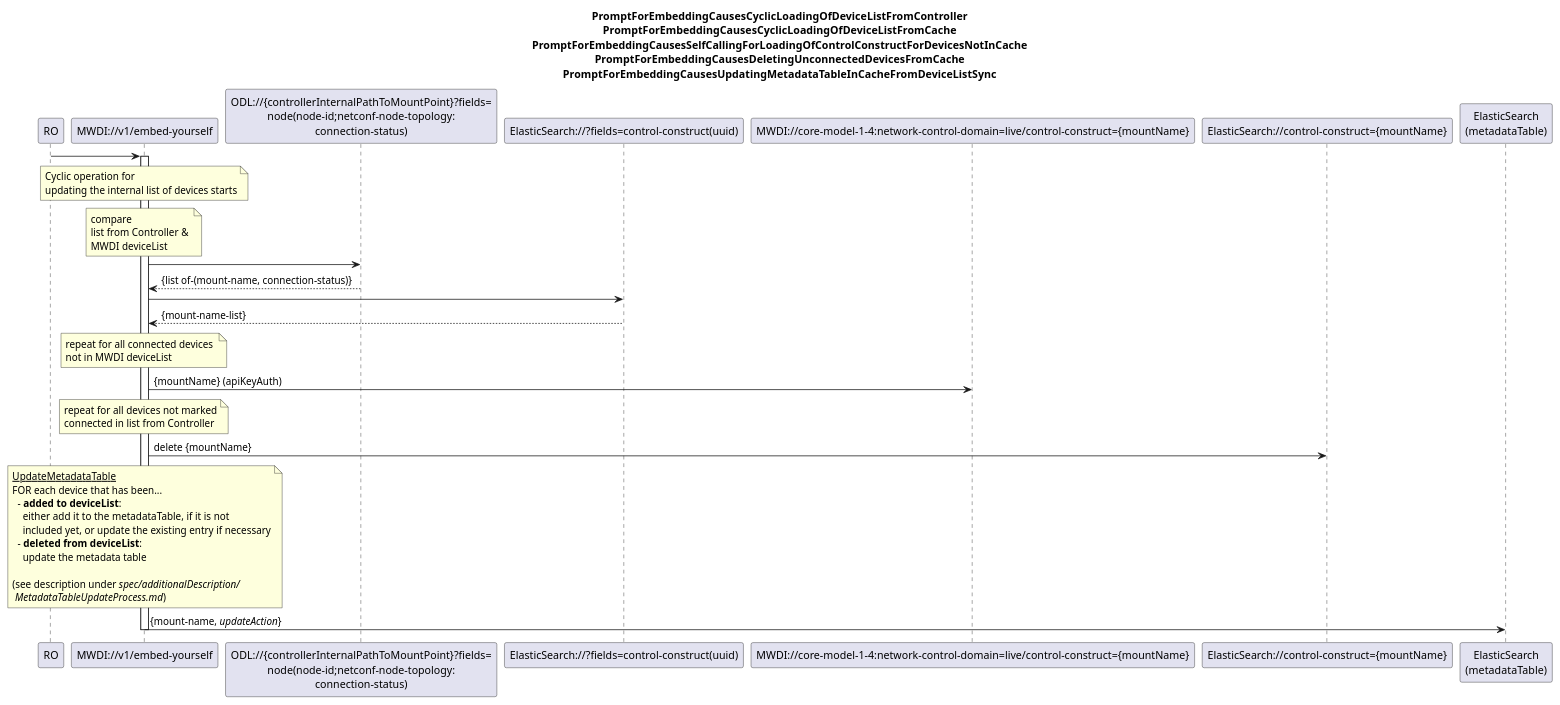
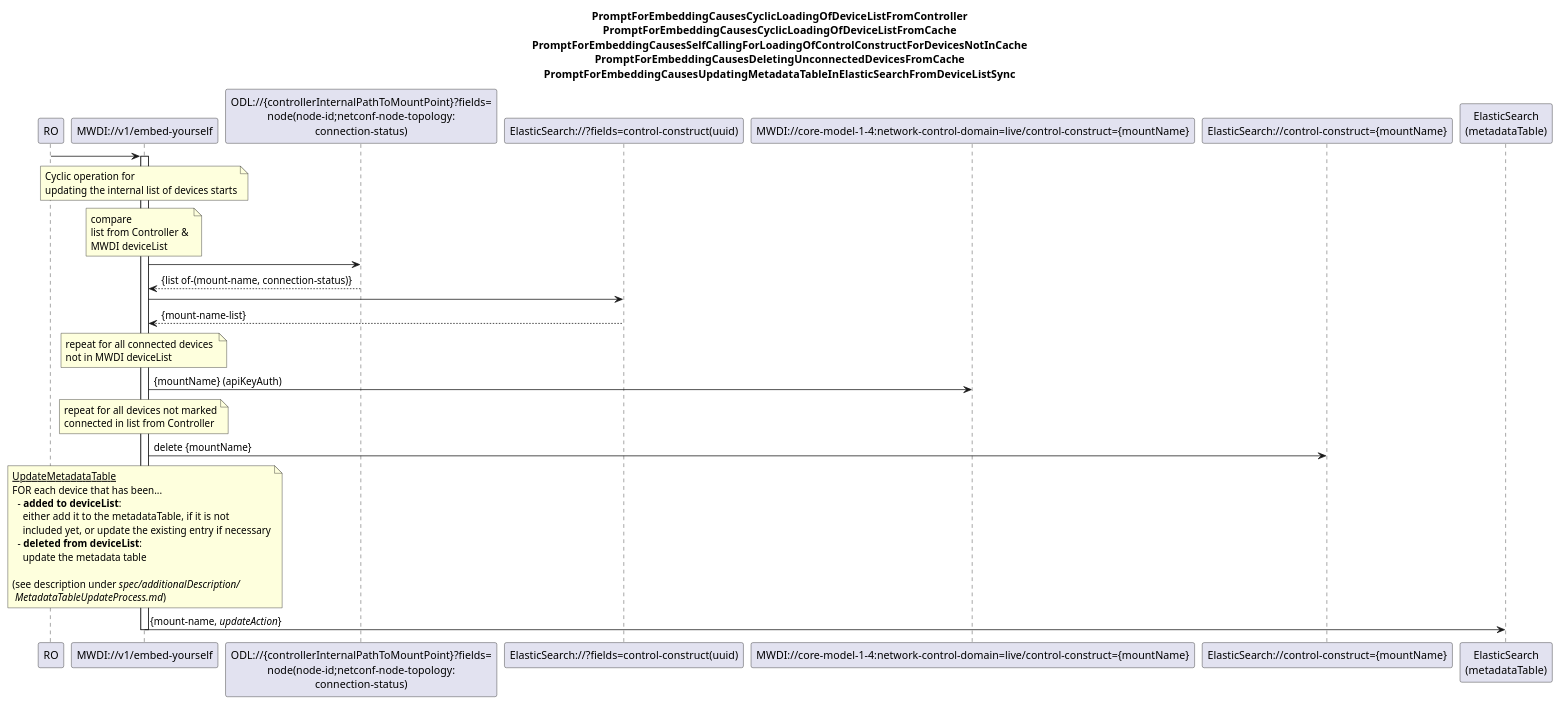
One commit to openBackhaul/MicroWaveDeviceInventory changed the diagram in spec/diagrams/new and updated/00x_CyclicOperationBasedDeviceListSync.plantuml. Above: the diagram before and after it, drawn with PlantUML. The commit also changed 5 other files, not shown here.

```diff
--- a/spec/diagrams/new and updated/00x_CyclicOperationBasedDeviceListSync.plantuml
+++ b/spec/diagrams/new and updated/00x_CyclicOperationBasedDeviceListSync.plantuml
@@ -1,72 +1,72 @@
 @startuml 00x_CyclicOperationBasedDeviceListSync
 skinparam responseMessageBelowArrow true
 
 title
 PromptForEmbeddingCausesCyclicLoadingOfDeviceListFromController
 PromptForEmbeddingCausesCyclicLoadingOfDeviceListFromCache
 PromptForEmbeddingCausesSelfCallingForLoadingOfControlConstructForDevicesNotInCache
 PromptForEmbeddingCausesDeletingUnconnectedDevicesFromCache
-PromptForEmbeddingCausesUpdatingMetadataTableInCacheFromDeviceListSync
+PromptForEmbeddingCausesUpdatingMetadataTableInElasticSearchFromDeviceListSync
 end title
 
 participant "RO" as ro
 participant "MWDI://v1/embed-yourself" as mwdi
 participant "ODL://{controllerInternalPathToMountPoint}?fields=\nnode(node-id;netconf-node-topology:\nconnection-status)" as odlConnectionStatus
 participant "ElasticSearch://?fields=control-construct(uuid)" as ConnectedDeviceList
 participant "MWDI://core-model-1-4:network-control-domain=live/control-construct={mountName}" as ControlConstruct
 participant "ElasticSearch://control-construct={mountName}" as es
 participant "ElasticSearch\n(metadataTable)" as mtab
 
 ro -> mwdi
 activate mwdi
 
 note over mwdi
 Cyclic operation for 
 updating the internal list of devices starts
 end note
 
 note over mwdi
 compare 
 list from Controller & 
 MWDI deviceList
 end note
 
 'get deviceList from Controller
 mwdi -> odlConnectionStatus
 odlConnectionStatus --> mwdi: {list of-(mount-name, connection-status)}
 
 'get MWDI deviceList from ElasticSearch
 mwdi -> ConnectedDeviceList
 ConnectedDeviceList --> mwdi: {mount-name-list}
 
 note over mwdi
 repeat for all connected devices 
 not in MWDI deviceList
 end note
 
 mwdi -> ControlConstruct: {mountName} (apiKeyAuth)
 
 note over mwdi
 repeat for all devices not marked
 connected in list from Controller
 end note
 
 mwdi -> es: delete {mountName}
 
 note over mwdi
   <u>UpdateMetadataTable</u>
   FOR each device that has been...
     - <b>added to deviceList</b>:
       either add it to the metadataTable, if it is not
       included yet, or update the existing entry if necessary
     - <b>deleted from deviceList</b>:
       update the metadata table
   
   (see description under <i>spec/additionalDescription/</i>
    <i>MetadataTableUpdateProcess.md</i>)
 end note
 mwdi -> mtab: {mount-name, <i>updateAction</i>}
 
 deactivate mwdi
 
 @enduml
```
